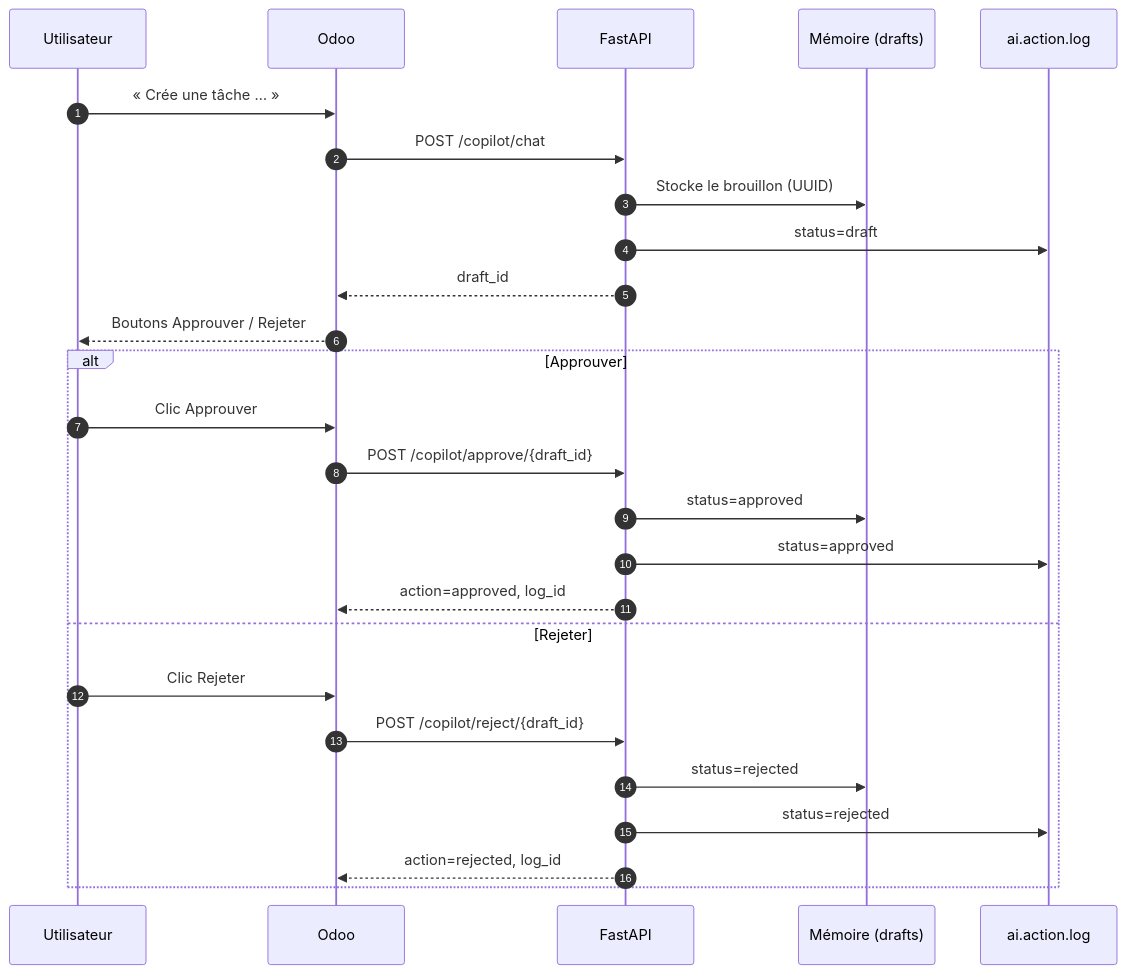
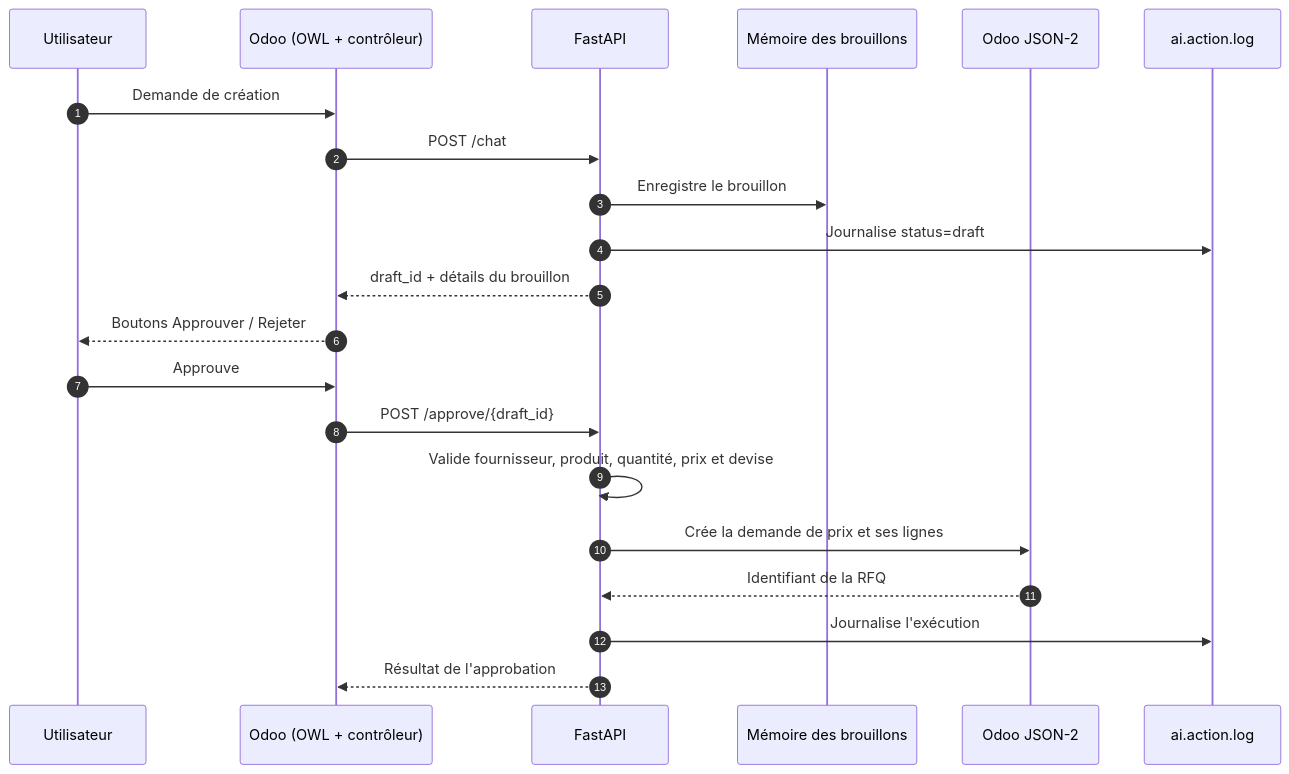
The third of 4 diagrams in docs/architecture.md (achraaflaamari/odoo_copilot), drawn with Mermaid before and after one commit. The commit also changed other lines of this file and 11 other files, not shown here.

````diff
--- a/docs/architecture.md
+++ b/docs/architecture.md
@@ -132,30 +69,24 @@
 ```mermaid
 sequenceDiagram
     autonumber
     participant U as Utilisateur
-    participant O as Odoo
+    participant O as Odoo (OWL + contrôleur)
     participant F as FastAPI
-    participant M as Mémoire (drafts)
+    participant M as Mémoire des brouillons
+    participant D as Odoo JSON-2
     participant J as ai.action.log
 
-    U->>O: « Crée une tâche … »
-    O->>F: POST /copilot/chat
-    F->>M: Stocke le brouillon (UUID)
-    F->>J: status=draft
-    F-->>O: draft_id
+    U->>O: Demande de création
+    O->>F: POST /chat
+    F->>M: Enregistre le brouillon
+    F->>J: Journalise status=draft
+    F-->>O: draft_id + détails du brouillon
     O-->>U: Boutons Approuver / Rejeter
-
-    alt Approuver
-        U->>O: Clic Approuver
-        O->>F: POST /copilot/approve/{draft_id}
-        F->>M: status=approved
-        F->>J: status=approved
-        F-->>O: action=approved, log_id
-    else Rejeter
-        U->>O: Clic Rejeter
-        O->>F: POST /copilot/reject/{draft_id}
-        F->>M: status=rejected
-        F->>J: status=rejected
-        F-->>O: action=rejected, log_id
-    end
+    U->>O: Approuve
+    O->>F: POST /approve/{draft_id}
+    F->>F: Valide fournisseur, produit, quantité, prix et devise
+    F->>D: Crée la demande de prix et ses lignes
+    D-->>F: Identifiant de la RFQ
+    F->>J: Journalise l'exécution
+    F-->>O: Résultat de l'approbation
 ```
````
